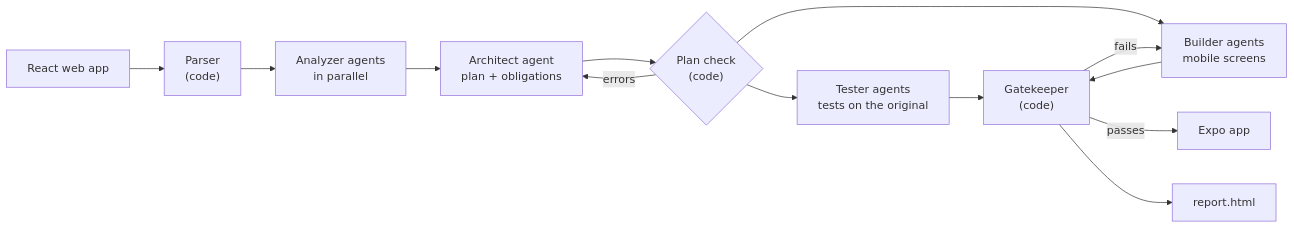
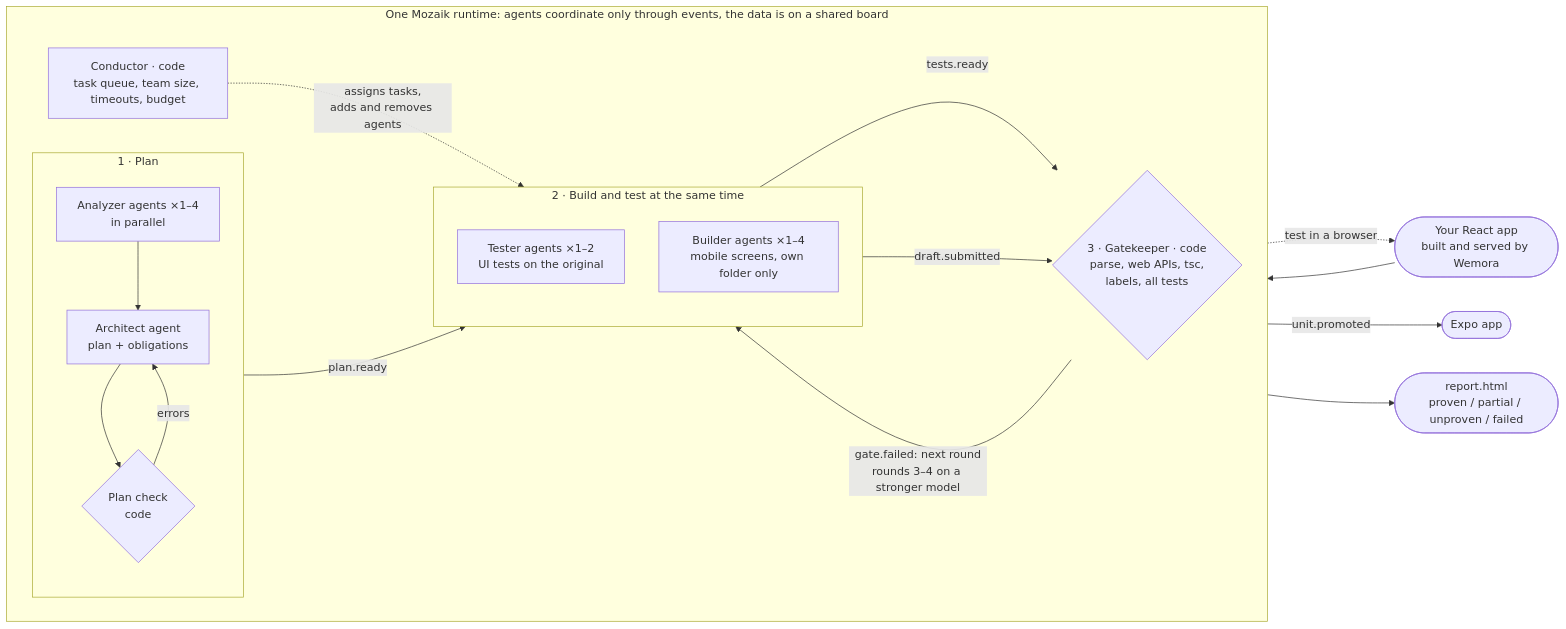
Before and after one commit to milicaantic/wemora: the diagram in README.md, drawn with Mermaid. The commit also changed other lines of this file and 1 other file, not shown here.

Commit message:
docs: README for judges, quick start on the examples, own app, clearer diagram

````diff
--- a/README.md
+++ b/README.md
@@ -148,15 +185,34 @@
 ```mermaid
 flowchart LR
-  web["React web app"] --> parse["Parser<br/>(code)"]
-  parse --> analyzers["Analyzer agents<br/>in parallel"]
-  analyzers --> architect["Architect agent<br/>plan + obligations"]
-  architect --> check{"Plan check<br/>(code)"}
-  check -- errors --> architect
-  check --> testers["Tester agents<br/>tests on the original"]
-  check --> builders["Builder agents<br/>mobile screens"]
-  testers --> gate["Gatekeeper<br/>(code)"]
-  builders --> gate
-  gate -- fails --> builders
-  gate -- passes --> app["Expo app"]
-  gate --> report["report.html"]
+  web(["Your React app<br/>built and served by Wemora"])
+
+  subgraph rt["One Mozaik runtime: agents coordinate only through events, the data is on a shared board"]
+    direction LR
+    conductor["Conductor · code<br/>task queue, team size, timeouts, budget"]
+
+    subgraph plan["1 · Plan"]
+      direction TB
+      analyzers["Analyzer agents ×1–4<br/>in parallel"] --> architect["Architect agent<br/>plan + obligations"]
+      architect --> check{"Plan check<br/>code"}
+      check -- "errors" --> architect
+    end
+
+    subgraph work["2 · Build and test at the same time"]
+      direction TB
+      testers["Tester agents ×1–2<br/>UI tests on the original"]
+      builders["Builder agents ×1–4<br/>mobile screens, own folder only"]
+    end
+
+    gate{"3 · Gatekeeper · code<br/>parse, web APIs, tsc,<br/>labels, all tests"}
+  end
+
+  web --> analyzers
+  testers -. "test in a browser" .-> web
+  check -- "plan.ready" --> work
+  testers -- "tests.ready" --> gate
+  builders -- "draft.submitted" --> gate
+  gate -- "gate.failed: next round<br/>rounds 3–4 on a stronger model" --> builders
+  gate -- "unit.promoted" --> app(["Expo app"])
+  gate --> report(["report.html<br/>proven / partial / unproven / failed"])
+  conductor -. "assigns tasks,<br/>adds and removes agents" .-> work
 ```
````
